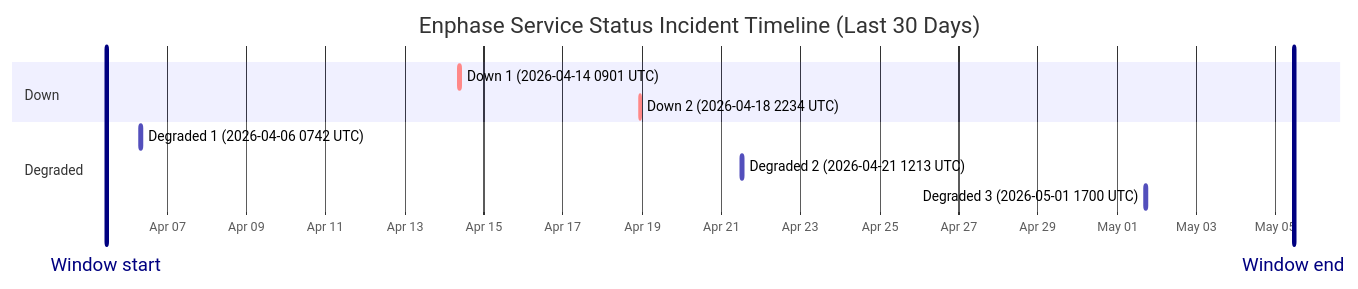
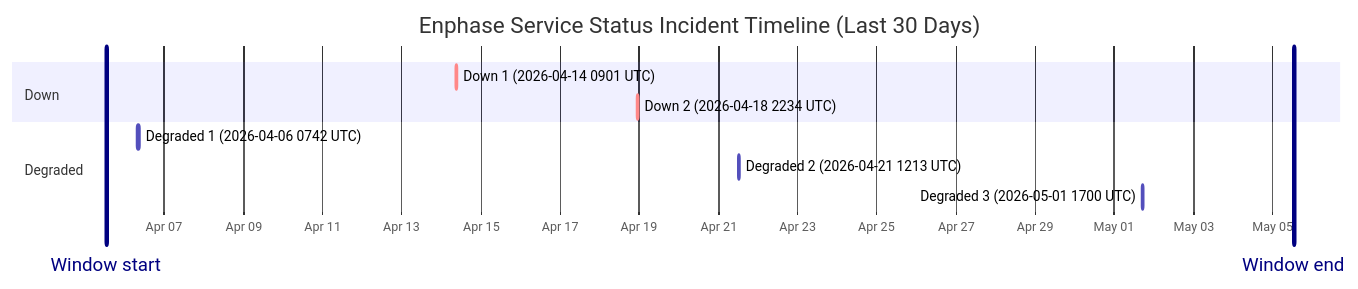
One commit to barneyonline/ha-enphase-ev-charger changed the diagram in wiki/Service-Status-History.md. Above: the diagram before and after it, drawn with Mermaid. The commit also changed other lines of this file and 3 other files, not shown here.

````diff
--- a/wiki/Service-Status-History.md
+++ b/wiki/Service-Status-History.md
@@ -14,15 +14,15 @@
 ```mermaid
 gantt
     title Enphase Service Status Incident Timeline (Last 30 Days)
     dateFormat  YYYY-MM-DDTHH:mm:ss
     axisFormat  %b %d
-    Window start :vert, window-start, 2026-04-05T11:01:24, 0ms
-    Window end :vert, window-end, 2026-05-05T11:01:24, 0ms
+    Window start :vert, window-start, 2026-04-05T12:46:04, 0ms
+    Window end :vert, window-end, 2026-05-05T12:46:04, 0ms
     section Down
     Down 1 (2026-04-14 0901 UTC) :crit, down-1, 2026-04-14T09:01:13, 60m
     Down 2 (2026-04-18 2234 UTC) :crit, down-2, 2026-04-18T22:34:13, 60m
     section Degraded
     Degraded 1 (2026-04-06 0742 UTC) :active, degraded-1, 2026-04-06T07:42:09, 85m
     Degraded 2 (2026-04-21 1213 UTC) :active, degraded-2, 2026-04-21T12:13:11, 60m
     Degraded 3 (2026-05-01 1700 UTC) :active, degraded-3, 2026-05-01T17:00:22, 60m
 ```
````
